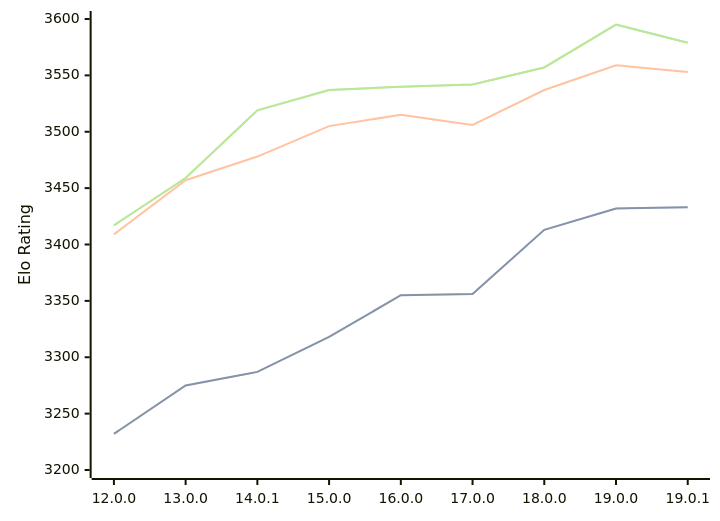
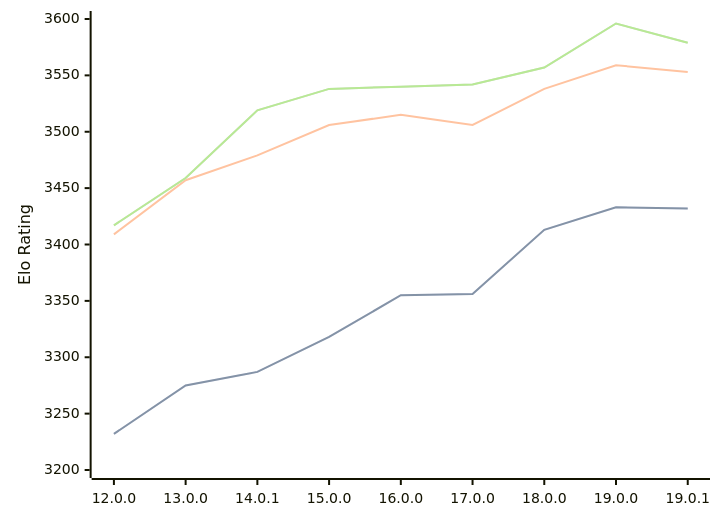
Before and after one commit to computer-chess-index/cci: the diagram in engines/Viridithas.md, drawn with Mermaid. The commit also changed other lines of this file, not shown here.

Commit message:
Update CCI Ratings (ELO VLTC) - 2026-04-07

````diff
--- a/engines/Viridithas.md
+++ b/engines/Viridithas.md
@@ -63,11 +63,11 @@
 ```mermaid
 %%{init: {"theme":"base","themeVariables":{"seriesColors:['#a3a3a3','#222221','#faa371']}}}%%
 xychart-beta
   x-axis ["12.0.0", "13.0.0", "14.0.1", "15.0.0", "16.0.0", "17.0.0", "18.0.0", "19.0.0", "19.0.1"]
   y-axis "Elo Rating" 3200 --> 3600
-  line "STC (8.0+0.08s)" [3232, 3275, 3287, 3318, 3355, 3356, 3413, 3432, 3433]
-  line "STC (8.0+0.08s)" [3232, 3275, 3287, 3318, 3355, 3356, 3413, 3432, 3433]
-  line "LTC (60.0+0.60s)" [3409, 3457, 3478, 3505, 3515, 3506, 3537, 3559, 3553]
-  line "VLTC (2m24s+1.12s)" [3417, 3459, 3519, 3537, 3540, 3542, 3557, 3595, 3579]
-  line "VLTC (2m24s+1.12s)" [3417, 3459, 3519, 3537, 3540, 3542, 3557, 3595, 3579]
+  line "STC (8.0+0.08s)" [3232, 3275, 3287, 3318, 3355, 3356, 3413, 3433, 3432]
+  line "STC (8.0+0.08s)" [3232, 3275, 3287, 3318, 3355, 3356, 3413, 3433, 3432]
+  line "LTC (60.0+0.60s)" [3409, 3457, 3479, 3506, 3515, 3506, 3538, 3559, 3553]
+  line "VLTC (2m24s+1.12s)" [3417, 3459, 3519, 3538, 3540, 3542, 3557, 3596, 3579]
+  line "VLTC (2m24s+1.12s)" [3417, 3459, 3519, 3538, 3540, 3542, 3557, 3596, 3579]
 ```
````
